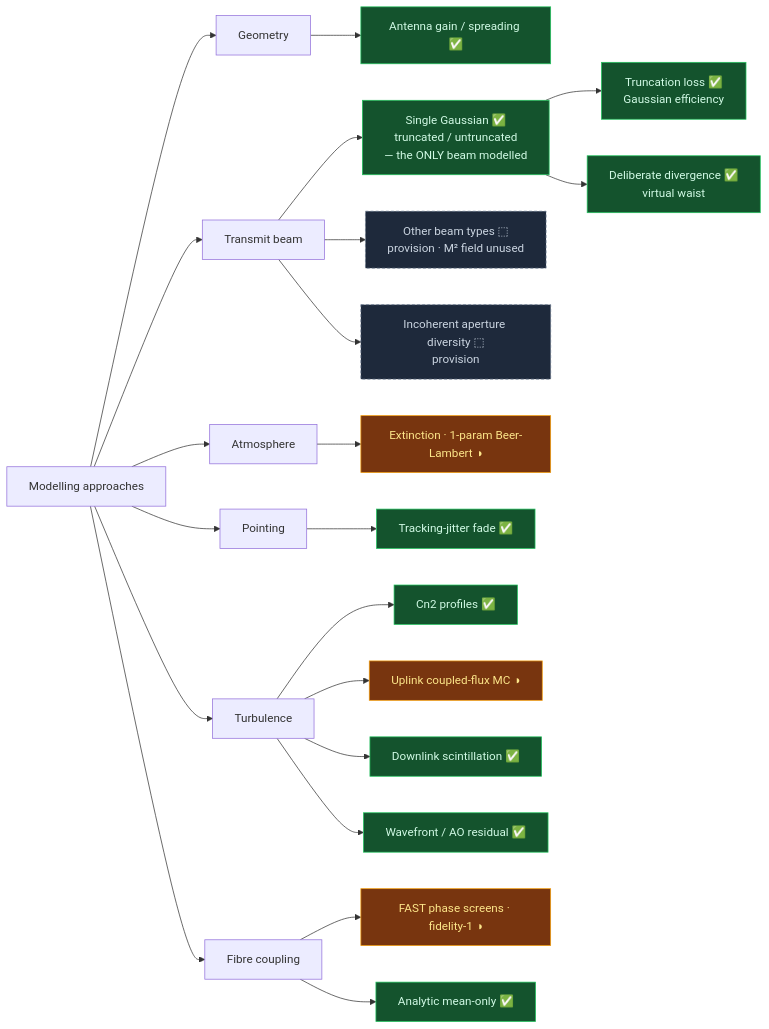
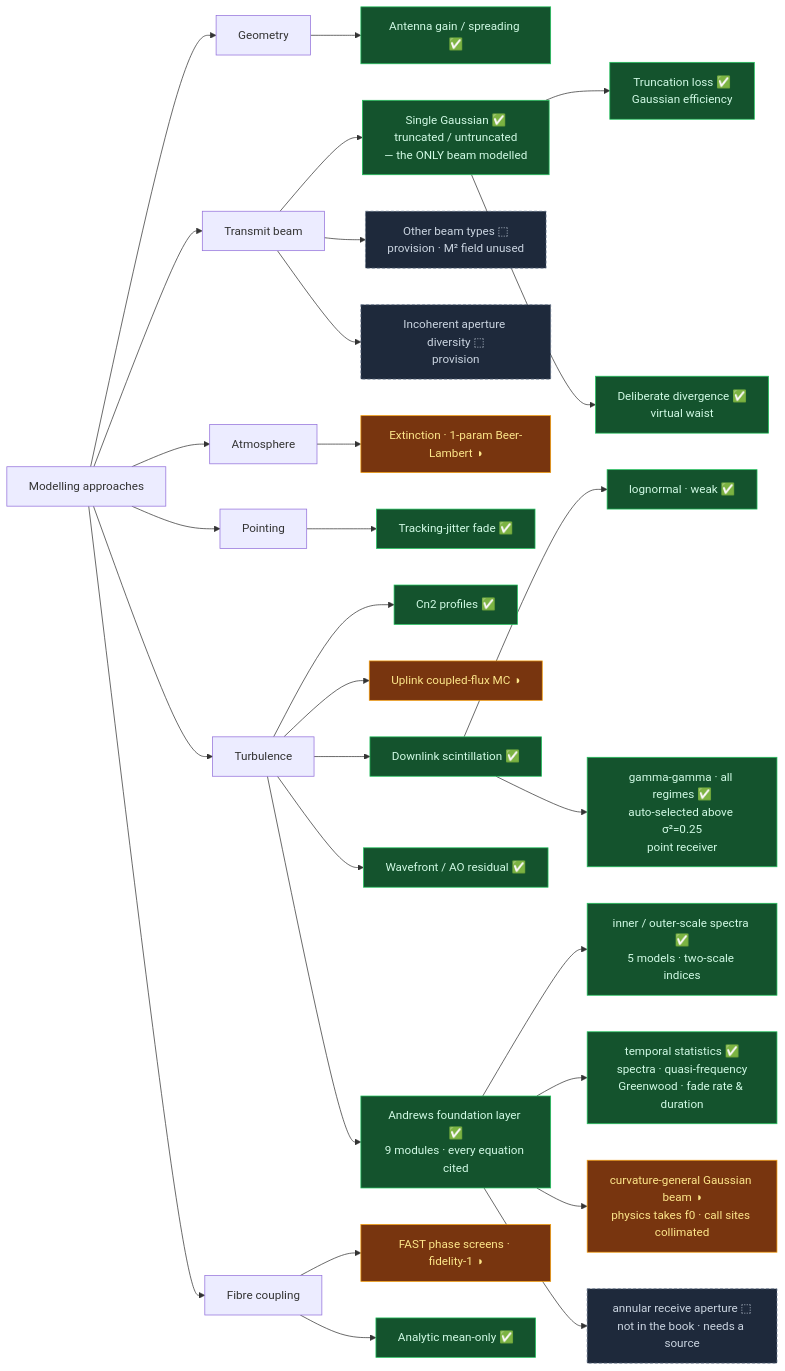
Before and after one commit to bigfraw/optical_link_budget: the second of 4 diagrams in README.md, drawn with Mermaid. The commit also changed other lines of this file and 8 other files, not shown here.

First line of the commit message:
Wire the Andrews foundation layer into the link budgets

````diff
--- a/README.md
+++ b/README.md
@@ -117,34 +117,41 @@
 ```mermaid
 flowchart LR
   A["Modelling approaches"]
 
   A --> GEO["Geometry"]
   GEO --> G1["Antenna gain / spreading ✅"]:::done
 
   A --> TXB["Transmit beam"]
   TXB --> TB0["Single Gaussian ✅<br/>truncated / untruncated<br/>— the ONLY beam modelled"]:::done
   TB0 --> TB1["Truncation loss ✅<br/>Gaussian efficiency"]:::done
   TB0 --> TB2["Deliberate divergence ✅<br/>virtual waist"]:::done
   TXB --> TB3["Other beam types ⬚<br/>provision · M² field unused"]:::planned
   TXB --> TB4["Incoherent aperture diversity ⬚<br/>provision"]:::planned
 
   A --> ATM["Atmosphere"]
   ATM --> M1["Extinction · 1-param Beer-Lambert ◑"]:::partial
 
   A --> PNT["Pointing"]
   PNT --> P1["Tracking-jitter fade ✅"]:::done
 
   A --> TUR["Turbulence"]
   TUR --> T1["Cn2 profiles ✅"]:::done
   TUR --> T2["Uplink coupled-flux MC ◑"]:::partial
   TUR --> T3["Downlink scintillation ✅"]:::done
+  T3 --> T3A["lognormal · weak ✅"]:::done
+  T3 --> T3B["gamma-gamma · all regimes ✅<br/>auto-selected above σ²=0.25<br/>point receiver"]:::done
   TUR --> T4["Wavefront / AO residual ✅"]:::done
+  TUR --> T5["Andrews foundation layer ✅<br/>9 modules · every equation cited"]:::done
+  T5 --> T5A["inner / outer-scale spectra ✅<br/>5 models · two-scale indices"]:::done
+  T5 --> T5B["temporal statistics ✅<br/>spectra · quasi-frequency<br/>Greenwood · fade rate &amp; duration"]:::done
+  T5 --> T5C["curvature-general Gaussian beam ◑<br/>physics takes f0 · call sites collimated"]:::partial
+  T5 --> T5D["annular receive aperture ⬚<br/>not in the book · needs a source"]:::planned
 
   A --> FIB["Fibre coupling"]
   FIB --> F1["FAST phase screens · fidelity-1 ◑"]:::partial
   FIB --> F2["Analytic mean-only ✅"]:::done
 
   classDef done fill:#14532d,color:#d1fae5,stroke:#22c55e;
   classDef partial fill:#78350f,color:#fde68a,stroke:#f59e0b;
   classDef planned fill:#1e293b,color:#cbd5e1,stroke:#64748b,stroke-dasharray:4 3;
 ```
````
